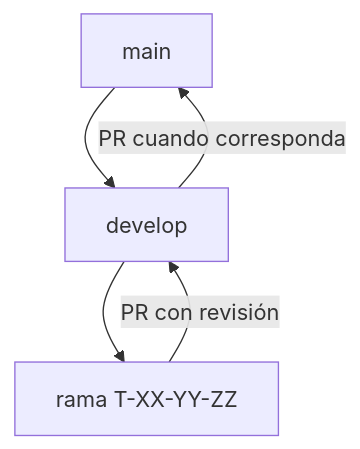
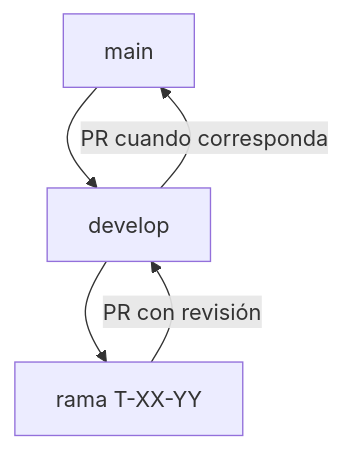
Before and after one commit to diegopablomansilla/AI4Devs-finalproject: the diagram in docs/desarrollo-git-openspec.md, drawn with Mermaid. The commit also changed other lines of this file and 8 other files, not shown here.

First line of the commit message:
docs: one ticket equals one OpenSpec change and branch

````diff
--- a/docs/desarrollo-git-openspec.md
+++ b/docs/desarrollo-git-openspec.md
@@ -12,10 +12,10 @@
 ```mermaid
 flowchart TB
   main[main]
   develop[develop]
-  specBranch["rama T-XX-YY-ZZ"]
+  specBranch["rama T-XX-YY"]
   main --> develop
   develop --> specBranch
   specBranch -->|"PR con revisión"| develop
   develop -->|"PR cuando corresponda"| main
 ```
````
